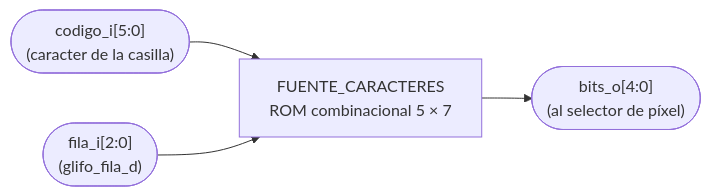
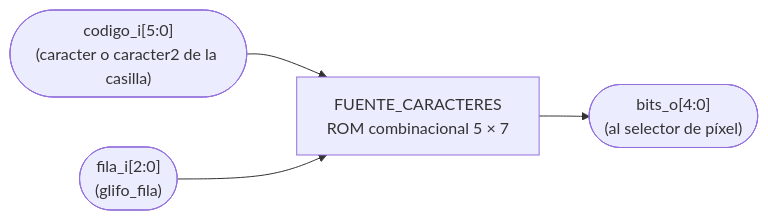
The first of 2 diagrams in docs/diseño/modulos/FUENTE_CARACTERES.md (Taller-de-diseno-digital-GR01/Proyecto-3-Batalla-Naval), drawn with Mermaid before and after one commit. The commit also changed other lines of this file and 7 other files, not shown here.

````diff
--- a/docs/diseño/modulos/FUENTE_CARACTERES.md
+++ b/docs/diseño/modulos/FUENTE_CARACTERES.md
@@ -9,6 +9,6 @@
 ```mermaid
 flowchart LR
-    IN_COD(["codigo_i[5:0]<br/>(caracter de la casilla)"]) --> FUE["FUENTE_CARACTERES<br/>ROM combinacional 5 × 7"]
-    IN_FILA(["fila_i[2:0]<br/>(glifo_fila_d)"]) --> FUE
+    IN_COD(["codigo_i[5:0]<br/>(caracter o caracter2 de la casilla)"]) --> FUE["FUENTE_CARACTERES<br/>ROM combinacional 5 × 7"]
+    IN_FILA(["fila_i[2:0]<br/>(glifo_fila)"]) --> FUE
     FUE --> OUT(["bits_o[4:0]<br/>(al selector de píxel)"])
 ```
````
